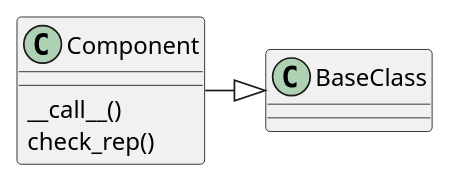
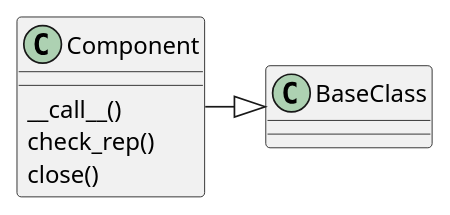
The first of 2 diagrams in ape/components/component.rst (russell-n/theape), drawn with PlantUML before and after one commit. The commit also changed other lines of this file and 57 other files, not shown here.

```diff
--- a/ape/components/component.rst
+++ b/ape/components/component.rst
@@ -40,5 +41,6 @@
 .. uml::
 
    Component -|> BaseClass
    Component : __call__()
    Component : check_rep()
+   Component : close()
```
